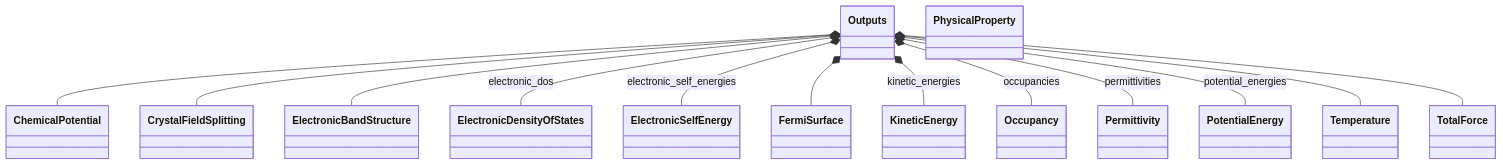
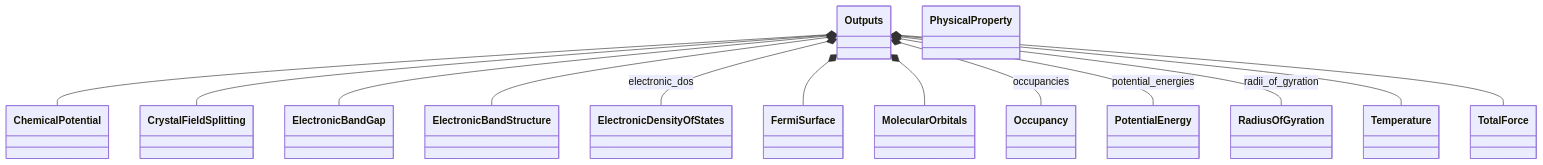
One commit to FAIRmat-NFDI/nomad-simulations changed the first of 2 diagrams in docs/schema/outputs.diagram.md. Above: the diagram before and after it, drawn with Mermaid. The commit also changed 5 other files, not shown here.

````diff
--- a/docs/schema/outputs.diagram.md
+++ b/docs/schema/outputs.diagram.md
@@ -14,43 +14,43 @@
 ```mermaid
 classDiagram
     class ChemicalPotential {
     }
     class CrystalFieldSplitting {
     }
+    class ElectronicBandGap {
+    }
     class ElectronicBandStructure {
     }
     class ElectronicDensityOfStates {
     }
-    class ElectronicSelfEnergy {
-    }
     class FermiSurface {
     }
-    class KineticEnergy {
+    class MolecularOrbitals {
     }
     class Occupancy {
     }
     class Outputs {
     }
-    class Permittivity {
-    }
     class PhysicalProperty {
     }
     class PotentialEnergy {
+    }
+    class RadiusOfGyration {
     }
     class Temperature {
     }
     class TotalForce {
     }
     Outputs *-- ChemicalPotential
     Outputs *-- CrystalFieldSplitting
+    Outputs *-- ElectronicBandGap
     Outputs *-- ElectronicBandStructure
     Outputs *-- ElectronicDensityOfStates : electronic_dos
-    Outputs *-- ElectronicSelfEnergy : electronic_self_energies
     Outputs *-- FermiSurface
-    Outputs *-- KineticEnergy : kinetic_energies
+    Outputs *-- MolecularOrbitals
     Outputs *-- Occupancy : occupancies
-    Outputs *-- Permittivity : permittivities
     Outputs *-- PotentialEnergy : potential_energies
+    Outputs *-- RadiusOfGyration : radii_of_gyration
     Outputs *-- Temperature
     Outputs *-- TotalForce
 ```
````
